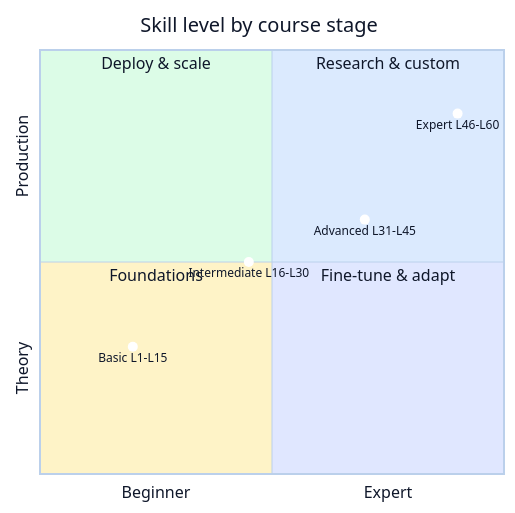
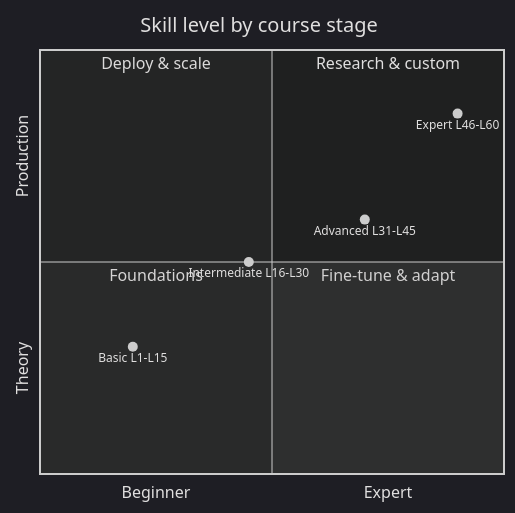
One commit to nexageapps/LLM changed the third of 7 diagrams in README.md. Above: the diagram before and after it, drawn with Mermaid. The commit also changed other lines of this file, not shown here.

````diff
--- a/README.md
+++ b/README.md
@@ -142,15 +144,15 @@
 ```mermaid
-%%{init: {'theme':'base', 'themeVariables': {'primaryTextColor':'#0f172a', 'primaryColor':'#dbeafe', 'secondaryTextColor':'#0f172a', 'tertiaryTextColor':'#0f172a', 'textColor':'#ffffff', 'titleColor':'#ffffff', 'lineColor':'#cbd5e1', 'quadrant1TextFill':'#0f172a', 'quadrant2TextFill':'#0f172a', 'quadrant3TextFill':'#0f172a', 'quadrant4TextFill':'#0f172a', 'quadrant1Fill':'#dbeafe', 'quadrant2Fill':'#dcfce7', 'quadrant3Fill':'#fef3c7', 'quadrant4Fill':'#e0e7ff', 'background':'#1e293b'}}}%%
+%%{init: {'theme':'dark'}}%%
 quadrantChart
     title Skill level by course stage
     x-axis Beginner --> Expert
     y-axis Theory --> Production
     quadrant-1 Research & custom
     quadrant-2 Deploy & scale
     quadrant-3 Foundations
     quadrant-4 Fine-tune & adapt
     "Basic L1-L15": [0.2, 0.3]
     "Intermediate L16-L30": [0.45, 0.5]
     "Advanced L31-L45": [0.7, 0.6]
     "Expert L46-L60": [0.9, 0.85]
 ```
````
